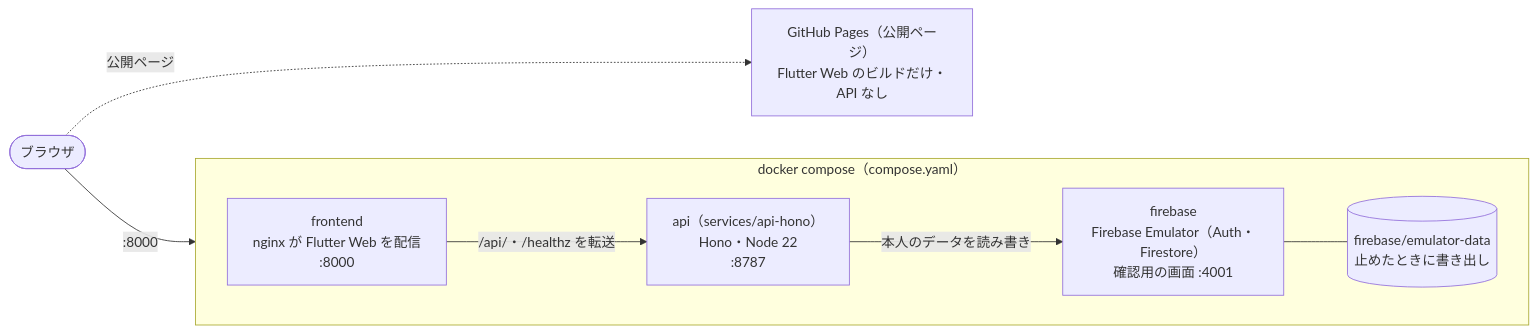
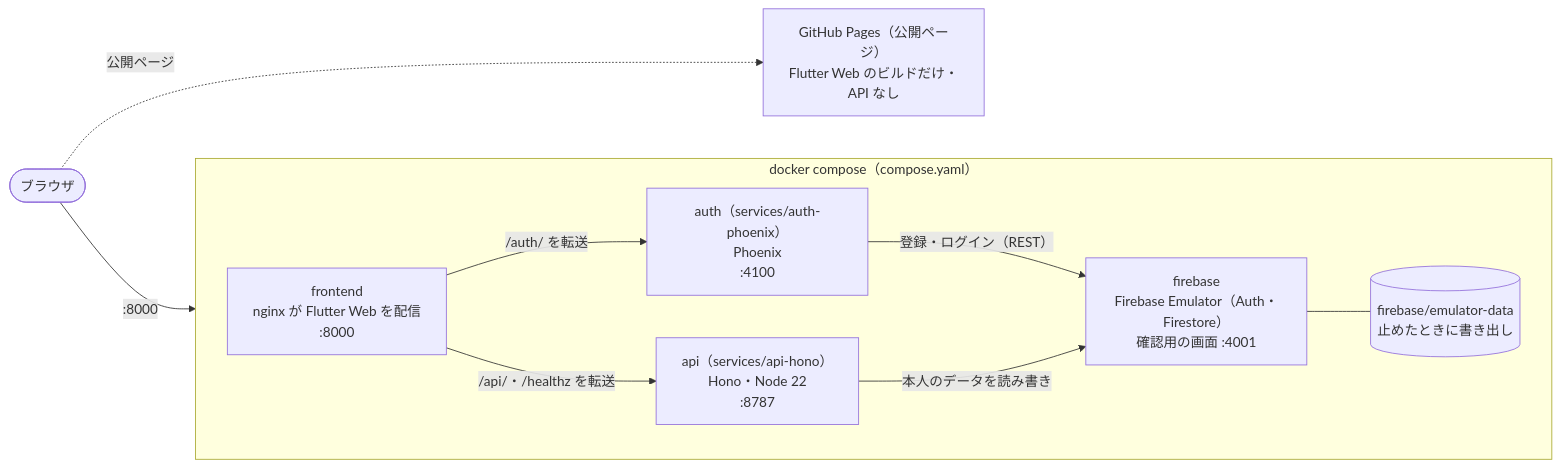
The first of 3 diagrams in docs/design.md (sigu-f7a231/dev-portfolio-site), drawn with Mermaid before and after one commit. The commit also changed other lines of this file and 132 other files, not shown here.

````diff
--- a/docs/design.md
+++ b/docs/design.md
@@ -8,17 +8,20 @@
 ```mermaid
 flowchart LR
   user(["ブラウザ"])
   subgraph compose["docker compose（compose.yaml）"]
     direction LR
     fe["frontend<br/>nginx が Flutter Web を配信<br/>:8000"]
     be["api（services/api-hono）<br/>Hono・Node 22<br/>:8787"]
+    au["auth（services/auth-phoenix）<br/>Phoenix<br/>:4100"]
     fe -- "/api/・/healthz を転送" --> be
+    fe -- "/auth/ を転送" --> au
+    au -- "登録・ログイン（REST）" --> emu
     be -- "本人のデータを読み書き" --> emu
     emu["firebase<br/>Firebase Emulator（Auth・Firestore）<br/>確認用の画面 :4001"]
     edata[("firebase/emulator-data<br/>止めたときに書き出し")]
     emu --- edata
   end
   user -- ":8000" --> fe
   pages["GitHub Pages（公開ページ）<br/>Flutter Web のビルドだけ・API なし"]
   user -. "公開ページ" .-> pages
 ```
````
